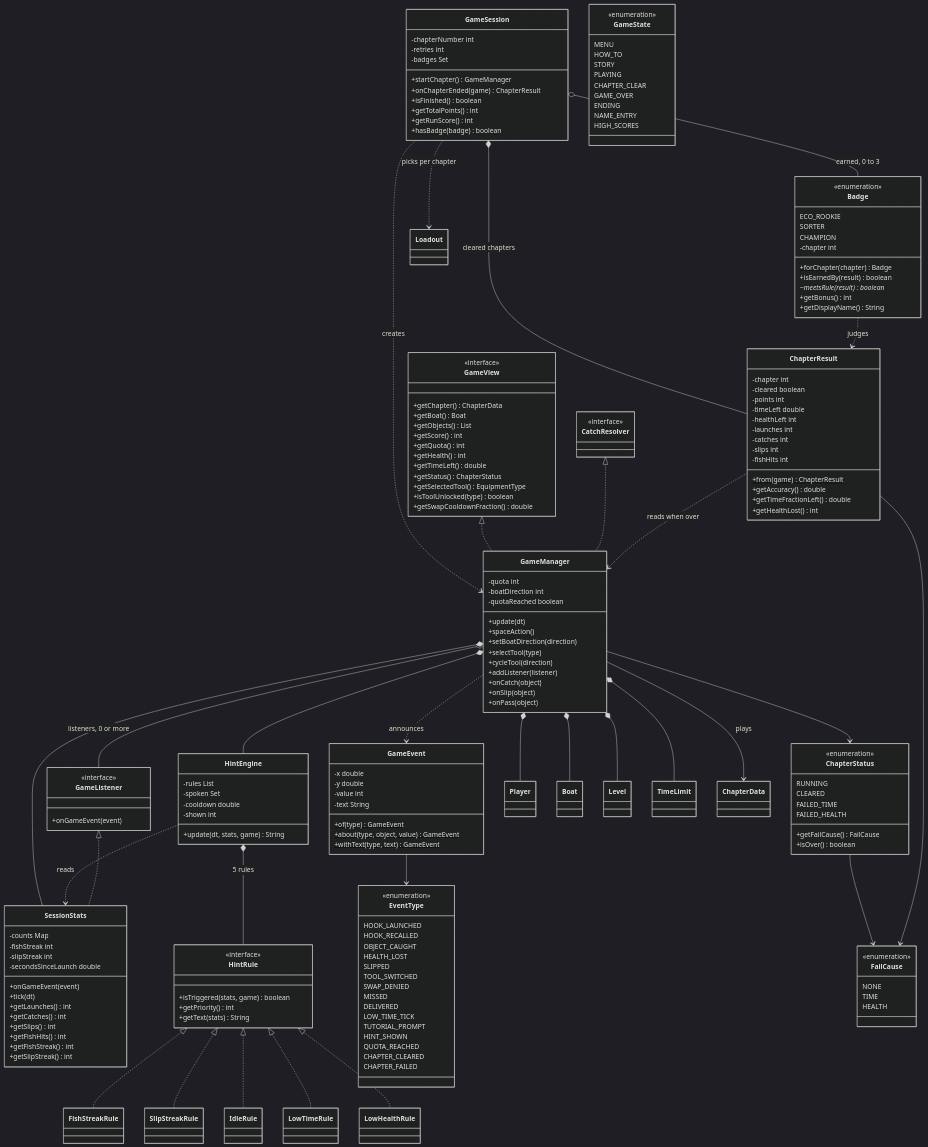
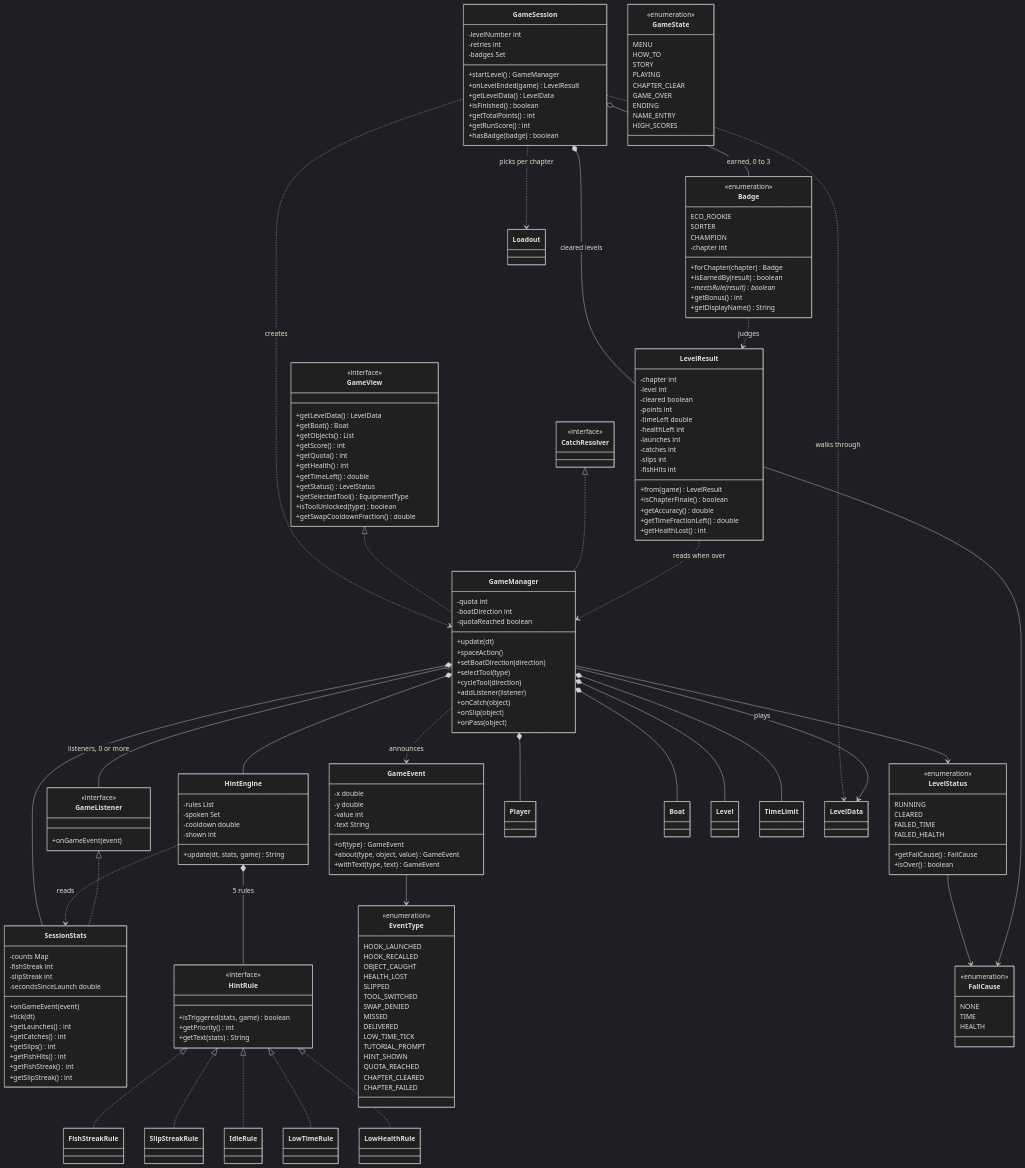
Before and after one commit to NJJAV33/Fish2trash: the fourth of 7 diagrams in docs/class-diagram.md, drawn with Mermaid (dark theme). The commit also changed other lines of this file and 68 other files, not shown here.

````diff
--- a/docs/class-diagram.md
+++ b/docs/class-diagram.md
@@ -342,11 +367,12 @@
     direction TB
 
     class GameSession {
-        -chapterNumber int
+        -levelNumber int
         -retries int
         -badges Set
-        +startChapter() GameManager
-        +onChapterEnded(game) ChapterResult
+        +startLevel() GameManager
+        +onLevelEnded(game) LevelResult
+        +getLevelData() LevelData
         +isFinished() boolean
         +getTotalPoints() int
         +getRunScore() int
@@ -370,14 +396,14 @@
 
     class GameView {
         <<interface>>
-        +getChapter() ChapterData
+        +getLevelData() LevelData
         +getBoat() Boat
         +getObjects() List
         +getScore() int
         +getQuota() int
         +getHealth() int
         +getTimeLeft() double
-        +getStatus() ChapterStatus
+        +getStatus() LevelStatus
         +getSelectedTool() EquipmentType
         +isToolUnlocked(type) boolean
         +getSwapCooldownFraction() double
@@ -457,7 +483,7 @@
         CHAPTER_FAILED
     }
 
-    class ChapterStatus {
+    class LevelStatus {
         <<enumeration>>
         RUNNING
         CLEARED
@@ -474,8 +500,9 @@
         HEALTH
     }
 
-    class ChapterResult {
+    class LevelResult {
         -chapter int
+        -level int
         -cleared boolean
         -points int
         -timeLeft double
@@ -484,7 +511,8 @@
         -catches int
         -slips int
         -fishHits int
-        +from(game)$ ChapterResult
+        +from(game)$ LevelResult
+        +isChapterFinale() boolean
         +getAccuracy() double
         +getTimeFractionLeft() double
         +getHealthLost() int
@@ -521,13 +549,14 @@
     class Level
     class TimeLimit
     class Loadout
-    class ChapterData
+    class LevelData
 
     GameSession ..> GameManager : creates
-    GameSession *-- ChapterResult : cleared chapters
+    GameSession *-- LevelResult : cleared levels
     GameSession o-- Badge : earned, 0 to 3
-    Badge ..> ChapterResult : judges
+    Badge ..> LevelResult : judges
     GameSession ..> Loadout : picks per chapter
+    GameSession ..> LevelData : walks through
     GameView <|.. GameManager
     CatchResolver <|.. GameManager
     GameManager *-- Player
@@ -543,13 +572,13 @@
     HintRule <|.. IdleRule
     HintRule <|.. LowTimeRule
     HintRule <|.. LowHealthRule
-    GameManager --> ChapterData : plays
+    GameManager --> LevelData : plays
     GameManager o-- GameListener : listeners, 0 or more
     GameListener <|.. SessionStats
     GameManager ..> GameEvent : announces
     GameEvent --> EventType
-    GameManager --> ChapterStatus
-    ChapterStatus --> FailCause
-    ChapterResult --> FailCause
-    ChapterResult ..> GameManager : reads when over
+    GameManager --> LevelStatus
+    LevelStatus --> FailCause
+    LevelResult --> FailCause
+    LevelResult ..> GameManager : reads when over
 ```
````
